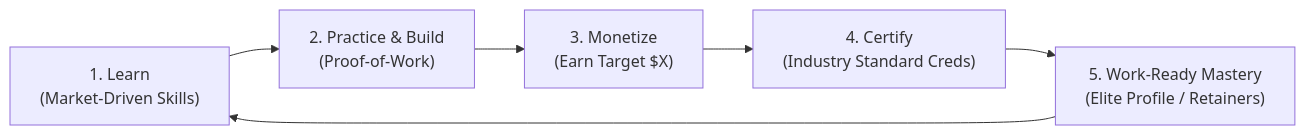
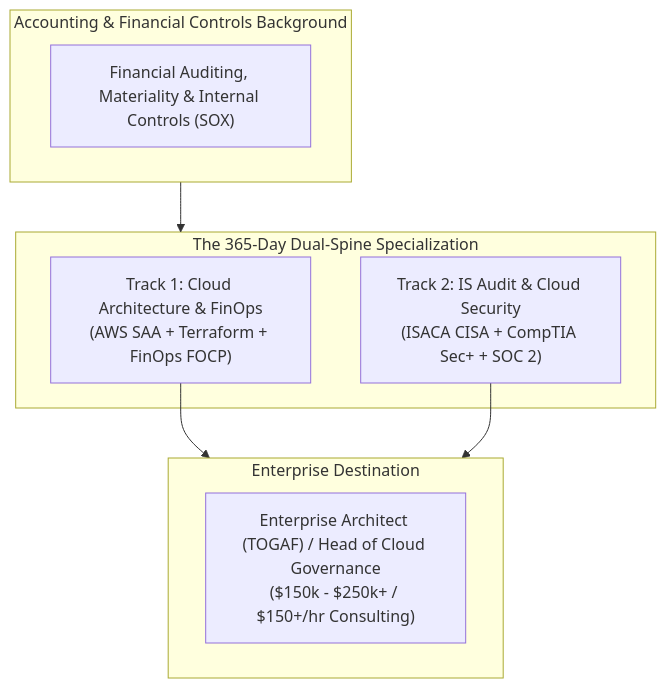
The diagram in README.md (ghiffarsabda/personal_compsci), drawn with Mermaid before and after one commit. The commit also changed other lines of this file and 8 other files, not shown here.

Commit message:
feat: align curriculum to Cloud Architecture, FinOps, IS Audit, and Enterprise Architecture

````diff
--- a/README.md
+++ b/README.md
@@ -13,8 +13,19 @@
 ```mermaid
-flowchart LR
-    A["1. Learn<br/>(Market-Driven Skills)"] --> B["2. Practice & Build<br/>(Proof-of-Work)"]
-    B --> C["3. Monetize<br/>(Earn Target $X)"]
-    C --> D["4. Certify<br/>(Industry Standard Creds)"]
-    D --> E["5. Work-Ready Mastery<br/>(Elite Profile / Retainers)"]
-    E --> A
+flowchart TD
+    subgraph Foundation["Accounting & Financial Controls Background"]
+        A["Financial Auditing, Materiality & Internal Controls (SOX)"]
+    end
+
+    subgraph DualTrack["The 365-Day Dual-Spine Specialization"]
+        B["Track 1: Cloud Architecture & FinOps<br/>(AWS SAA + Terraform + FinOps FOCP)"]
+        C["Track 2: IS Audit & Cloud Security<br/>(ISACA CISA + CompTIA Sec+ + SOC 2)"]
+    end
+
+    subgraph Destination["Enterprise Destination"]
+        D["Enterprise Architect (TOGAF) / Head of Cloud Governance<br/>($150k - $250k+ / $150+/hr Consulting)"]
+    end
+
+    Foundation --> DualTrack
+    B --> Destination
+    C --> Destination
 ```
````
